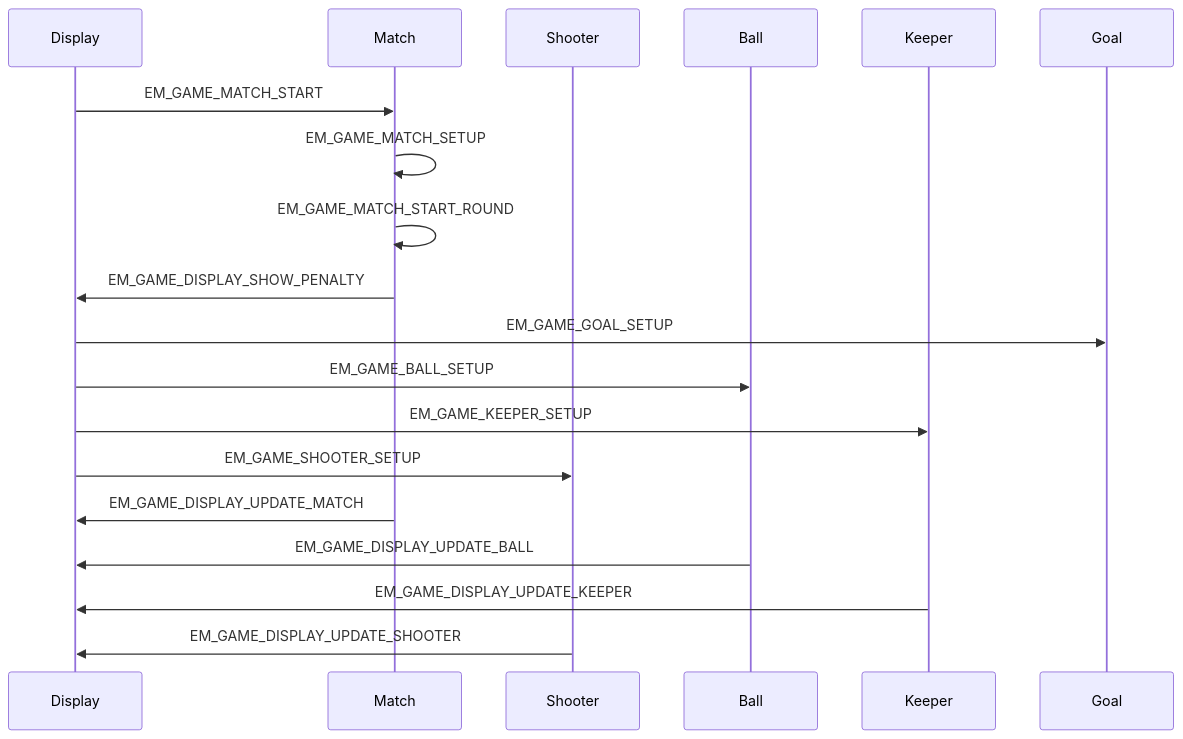
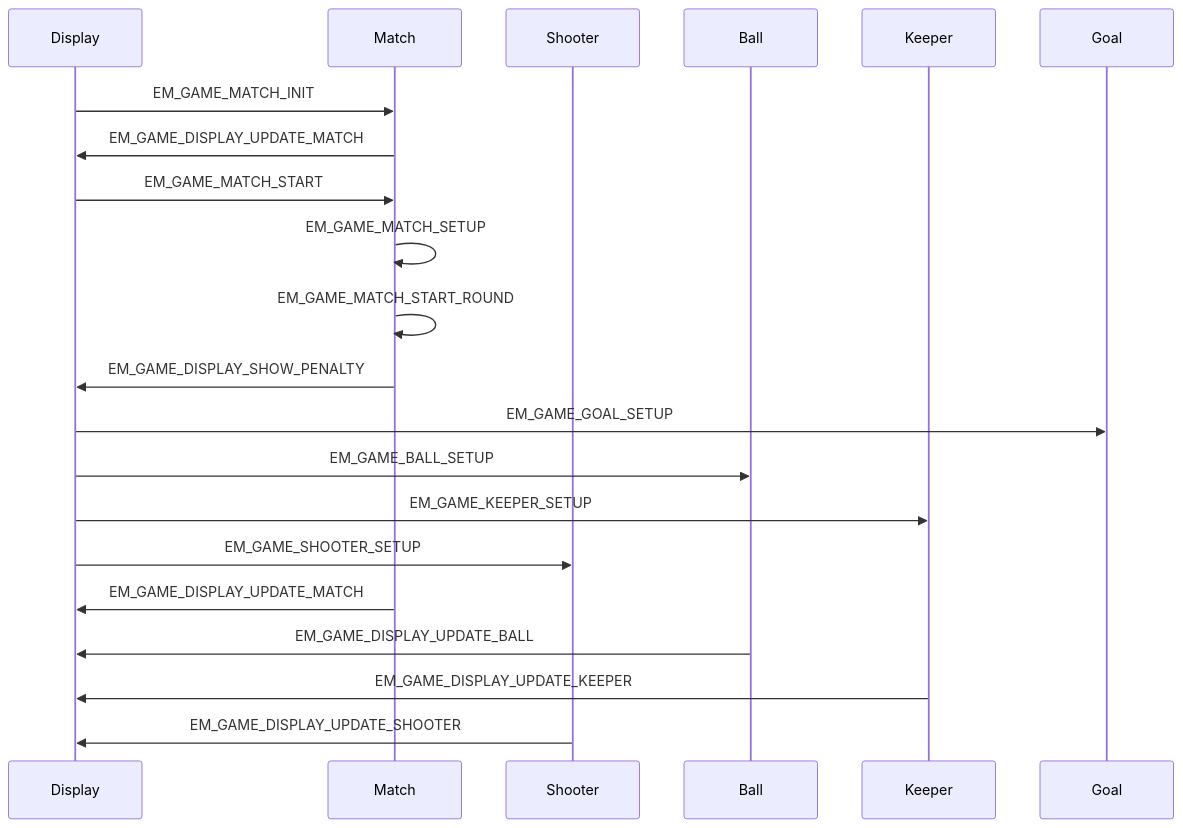
Before and after one commit to caotrongphuoc/11m-game: the first of 4 diagrams in docs/00-design-sequence-object.md, drawn with Mermaid. The commit also changed other lines of this file and 5 other files, not shown here.

````diff
--- a/docs/00-design-sequence-object.md
+++ b/docs/00-design-sequence-object.md
@@ -18,22 +18,24 @@
 ```mermaid
 sequenceDiagram
     participant Display
     participant Match
     participant Shooter
     participant Ball
     participant Keeper
     participant Goal
 
+    Display->>Match: EM_GAME_MATCH_INIT
+    Match->>Display: EM_GAME_DISPLAY_UPDATE_MATCH
     Display->>Match: EM_GAME_MATCH_START
     Match->>Match: EM_GAME_MATCH_SETUP
     Match->>Match: EM_GAME_MATCH_START_ROUND
     Match->>Display: EM_GAME_DISPLAY_SHOW_PENALTY
     Display->>Goal: EM_GAME_GOAL_SETUP
     Display->>Ball: EM_GAME_BALL_SETUP
     Display->>Keeper: EM_GAME_KEEPER_SETUP
     Display->>Shooter: EM_GAME_SHOOTER_SETUP
     Match->>Display: EM_GAME_DISPLAY_UPDATE_MATCH
     Ball->>Display: EM_GAME_DISPLAY_UPDATE_BALL
     Keeper->>Display: EM_GAME_DISPLAY_UPDATE_KEEPER
     Shooter->>Display: EM_GAME_DISPLAY_UPDATE_SHOOTER
 ```
````
